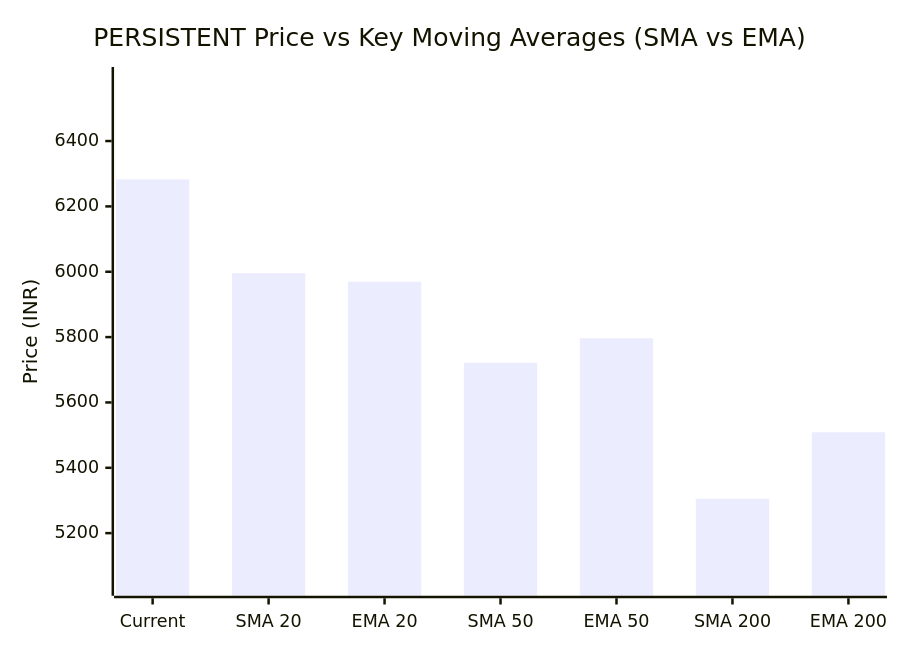
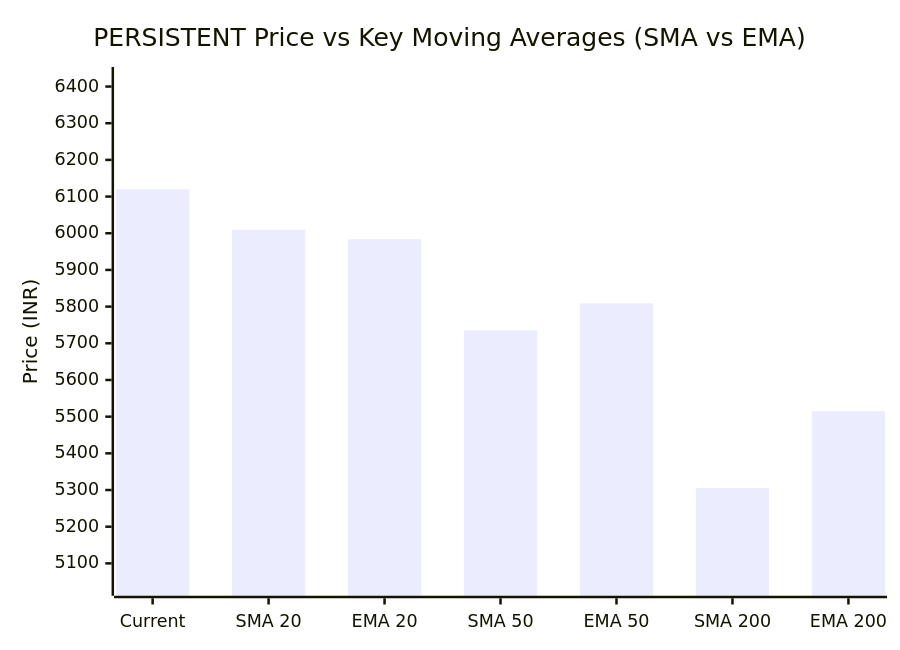
One commit to purnareddy9/dev changed the third of 3 diagrams in market-intelligence/stocks/PERSISTENT/latest.md. Above: the diagram before and after it, drawn with Mermaid. The commit also changed other lines of this file and 4 other files, not shown here.

````diff
--- a/market-intelligence/stocks/PERSISTENT/latest.md
+++ b/market-intelligence/stocks/PERSISTENT/latest.md
@@ -104,7 +104,7 @@
 ```mermaid
 xychart-beta
     title "PERSISTENT Price vs Key Moving Averages (SMA vs EMA)"
     x-axis ["Current", "SMA 20", "EMA 20", "SMA 50", "EMA 50", "SMA 200", "EMA 200"]
-    y-axis "Price (INR)" 5039 --> 6596
-    bar [6282.5, 5995.7, 5969.6, 5721.44, 5796.42, 5304.66, 5508.89]
+    y-axis "Price (INR)" 5039 --> 6426
+    bar [6120.0, 6009.2, 5983.92, 5735.46, 5809.11, 5305.08, 5514.97]
 ```
````
